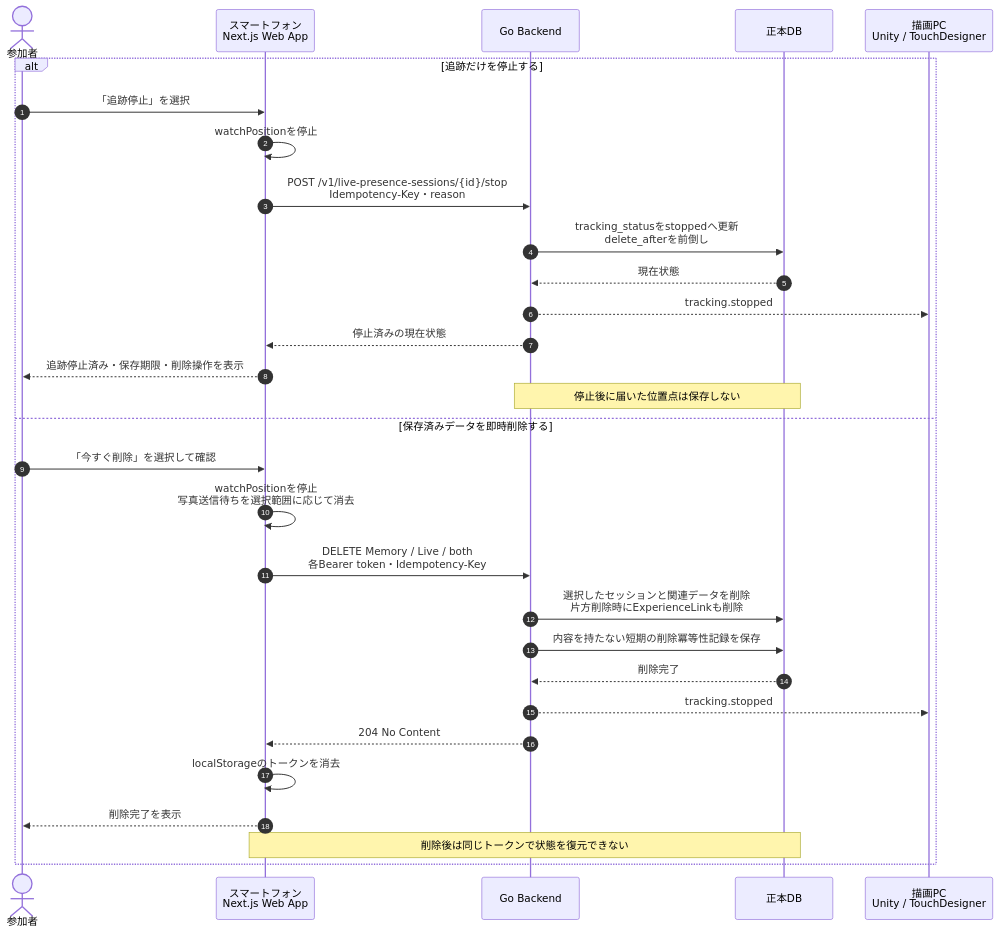
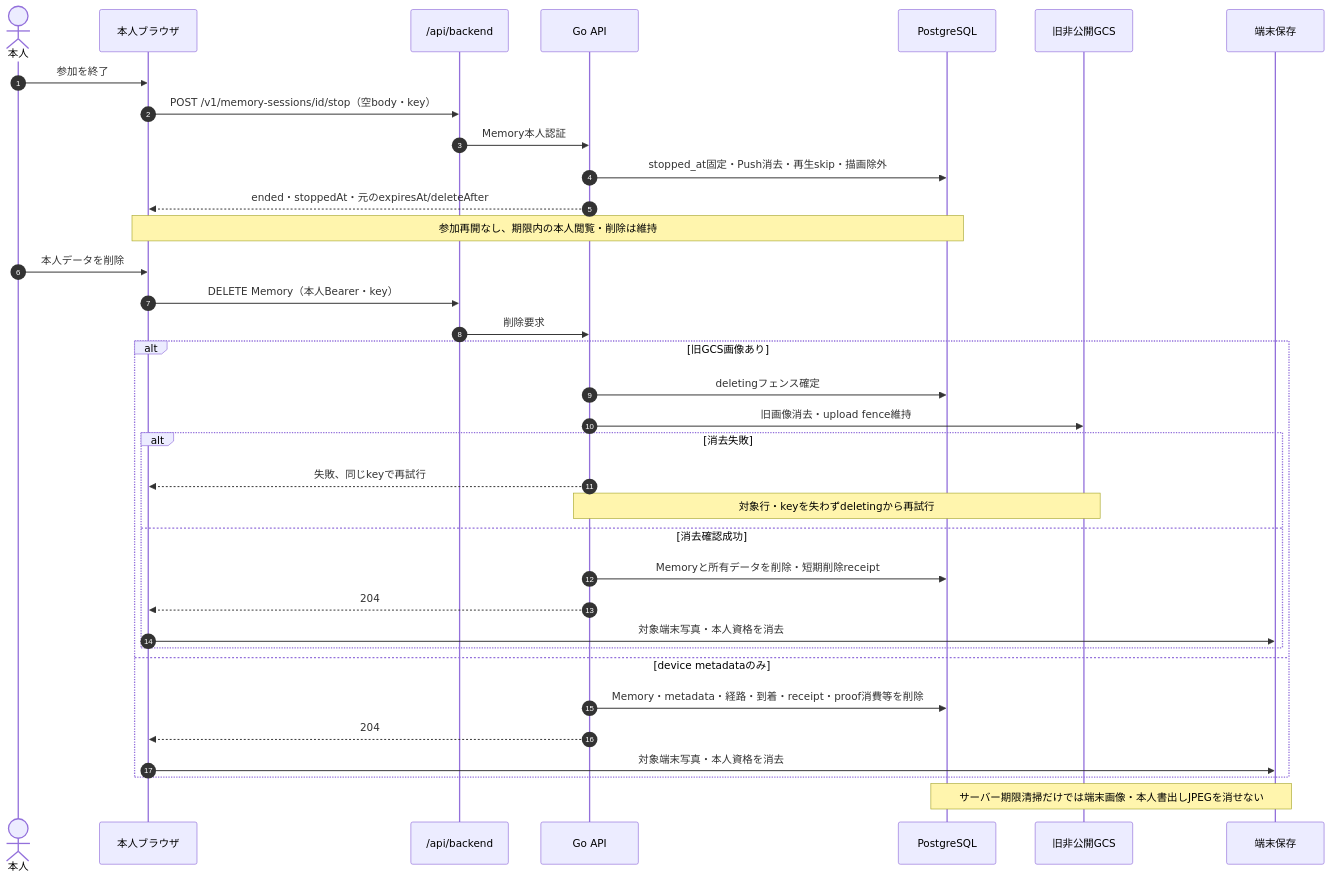
The fourth of 4 diagrams in docs/uml-diagrams.md (Mino829/trace-campus-installation), drawn with Mermaid before and after one commit. The commit also changed other lines of this file and 23 other files, not shown here.

````diff
--- a/docs/uml-diagrams.md
+++ b/docs/uml-diagrams.md
@@ -322,33 +166,38 @@
 ```mermaid
 sequenceDiagram
     autonumber
-    actor User as 参加者
-    participant Browser as スマートフォン<br/>Next.js Web App
-    participant API as Go Backend
-    participant DB as 正本DB
-    participant Renderer as 描画PC<br/>Unity / TouchDesigner
+    actor Person as 本人
+    participant UI as 本人ブラウザ
+    participant Edge as /api/backend
+    participant API as Go API
+    participant DB as PostgreSQL
+    participant GCS as 旧非公開GCS
+    participant Local as 端末保存
 
-    alt 追跡だけを停止する
-        User->>Browser: 「追跡停止」を選択
-        Browser->>Browser: watchPositionを停止
-        Browser->>API: POST /v1/live-presence-sessions/{id}/stop<br/>Idempotency-Key・reason
-        API->>DB: tracking_statusをstoppedへ更新<br/>delete_afterを前倒し
-        DB-->>API: 現在状態
-        API-->>Renderer: tracking.stopped
-        API-->>Browser: 停止済みの現在状態
-        Browser-->>User: 追跡停止済み・保存期限・削除操作を表示
-        Note over API,DB: 停止後に届いた位置点は保存しない
-    else 保存済みデータを即時削除する
-        User->>Browser: 「今すぐ削除」を選択して確認
-        Browser->>Browser: watchPositionを停止<br/>写真送信待ちを選択範囲に応じて消去
-        Browser->>API: DELETE Memory / Live / both<br/>各Bearer token・Idempotency-Key
-        API->>DB: 選択したセッションと関連データを削除<br/>片方削除時にExperienceLinkも削除
-        API->>DB: 内容を持たない短期の削除冪等性記録を保存
-        DB-->>API: 削除完了
-        API-->>Renderer: tracking.stopped
-        API-->>Browser: 204 No Content
-        Browser->>Browser: localStorageのトークンを消去
-        Browser-->>User: 削除完了を表示
-        Note over Browser,DB: 削除後は同じトークンで状態を復元できない
+    Person->>UI: 参加を終了
+    UI->>Edge: POST /v1/memory-sessions/id/stop（空body・key）
+    Edge->>API: Memory本人認証
+    API->>DB: stopped_at固定・Push消去・再生skip・描画除外
+    API-->>UI: ended・stoppedAt・元のexpiresAt/deleteAfter
+    Note over UI,DB: 参加再開なし、期限内の本人閲覧・削除は維持
+    Person->>UI: 本人データを削除
+    UI->>Edge: DELETE Memory（本人Bearer・key）
+    Edge->>API: 削除要求
+    alt 旧GCS画像あり
+        API->>DB: deletingフェンス確定
+        API->>GCS: 旧画像消去・upload fence維持
+        alt 消去失敗
+            API-->>UI: 失敗、同じkeyで再試行
+            Note over API,GCS: 対象行・keyを失わずdeletingから再試行
+        else 消去確認成功
+            API->>DB: Memoryと所有データを削除・短期削除receipt
+            API-->>UI: 204
+            UI->>Local: 対象端末写真・本人資格を消去
+        end
+    else device metadataのみ
+        API->>DB: Memory・metadata・経路・到着・receipt・proof消費等を削除
+        API-->>UI: 204
+        UI->>Local: 対象端末写真・本人資格を消去
     end
+    Note over DB,Local: サーバー期限清掃だけでは端末画像・本人書出しJPEGを消せない
 ```
````
